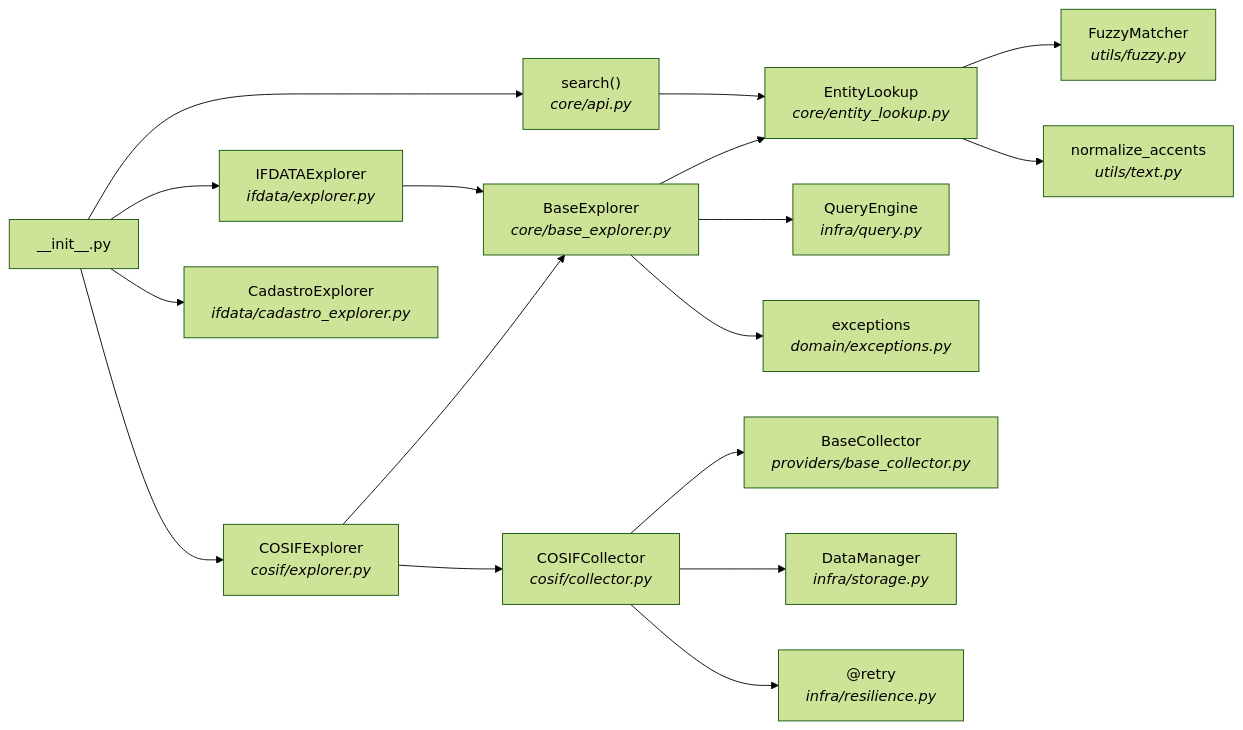
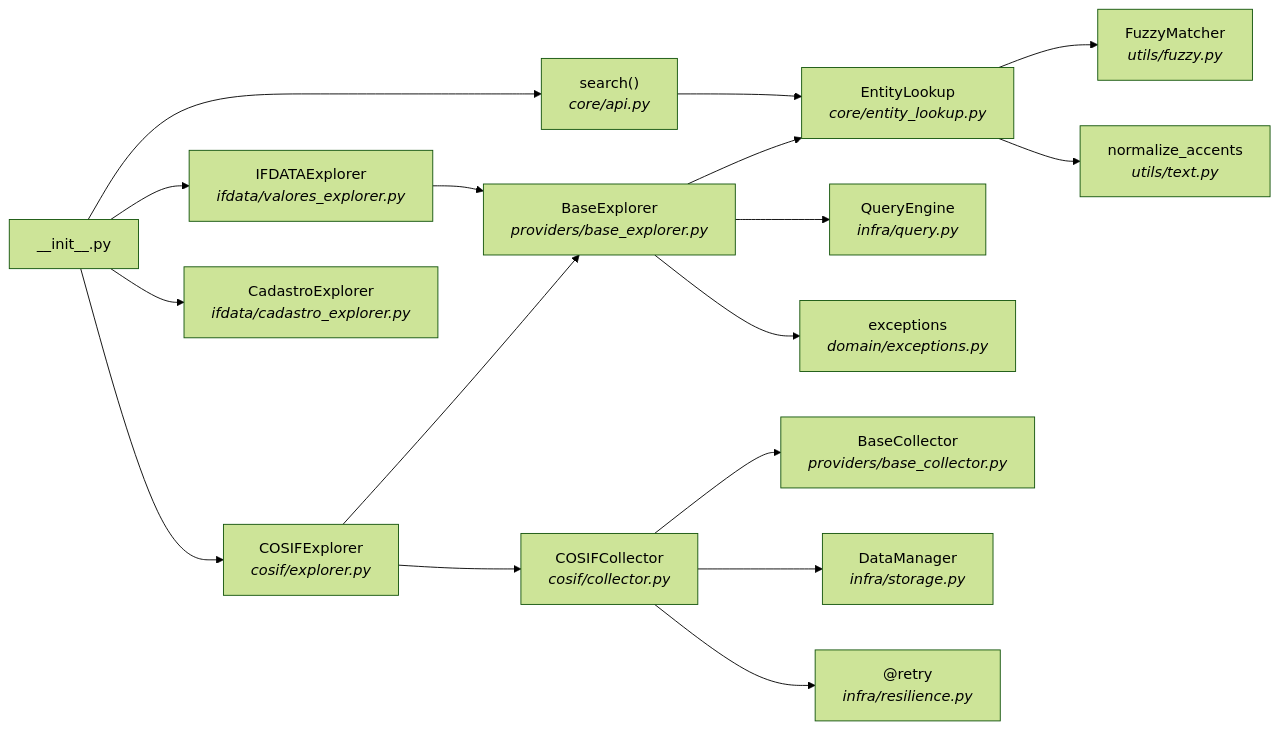
One commit to enzoomoreira/ifdata-bcb changed the second of 2 diagrams in docs/internals/architecture.md. Above: the diagram before and after it, drawn with Mermaid (forest theme). The commit also changed other lines of this file and 55 other files, not shown here.

First line of the commit message:
refactor!: decompose IFDATA explorer into modular architecture

````diff
--- a/docs/internals/architecture.md
+++ b/docs/internals/architecture.md
@@ -349,35 +362,35 @@
 ```mermaid
 graph LR
     init["__init__.py"]
 
     cosif_exp["COSIFExplorer<br/><i>cosif/explorer.py</i>"]
-    ifdata_exp["IFDATAExplorer<br/><i>ifdata/explorer.py</i>"]
+    ifdata_exp["IFDATAExplorer<br/><i>ifdata/valores_explorer.py</i>"]
     cadastro_exp["CadastroExplorer<br/><i>ifdata/cadastro_explorer.py</i>"]
     api["search()<br/><i>core/api.py</i>"]
 
-    base_exp["BaseExplorer<br/><i>core/base_explorer.py</i>"]
+    base_exp["BaseExplorer<br/><i>providers/base_explorer.py</i>"]
     entity["EntityLookup<br/><i>core/entity_lookup.py</i>"]
     query["QueryEngine<br/><i>infra/query.py</i>"]
     exceptions["exceptions<br/><i>domain/exceptions.py</i>"]
 
     cosif_col["COSIFCollector<br/><i>cosif/collector.py</i>"]
     base_col["BaseCollector<br/><i>providers/base_collector.py</i>"]
     storage["DataManager<br/><i>infra/storage.py</i>"]
     resilience["@retry<br/><i>infra/resilience.py</i>"]
 
     fuzzy["FuzzyMatcher<br/><i>utils/fuzzy.py</i>"]
     text["normalize_accents<br/><i>utils/text.py</i>"]
 
     init --> cosif_exp & ifdata_exp & cadastro_exp & api
 
     cosif_exp --> base_exp
     cosif_exp --> cosif_col
     ifdata_exp --> base_exp
 
     base_exp --> entity & query & exceptions
 
     cosif_col --> base_col & storage & resilience
 
     api --> entity
     entity --> fuzzy & text
 ```
````
